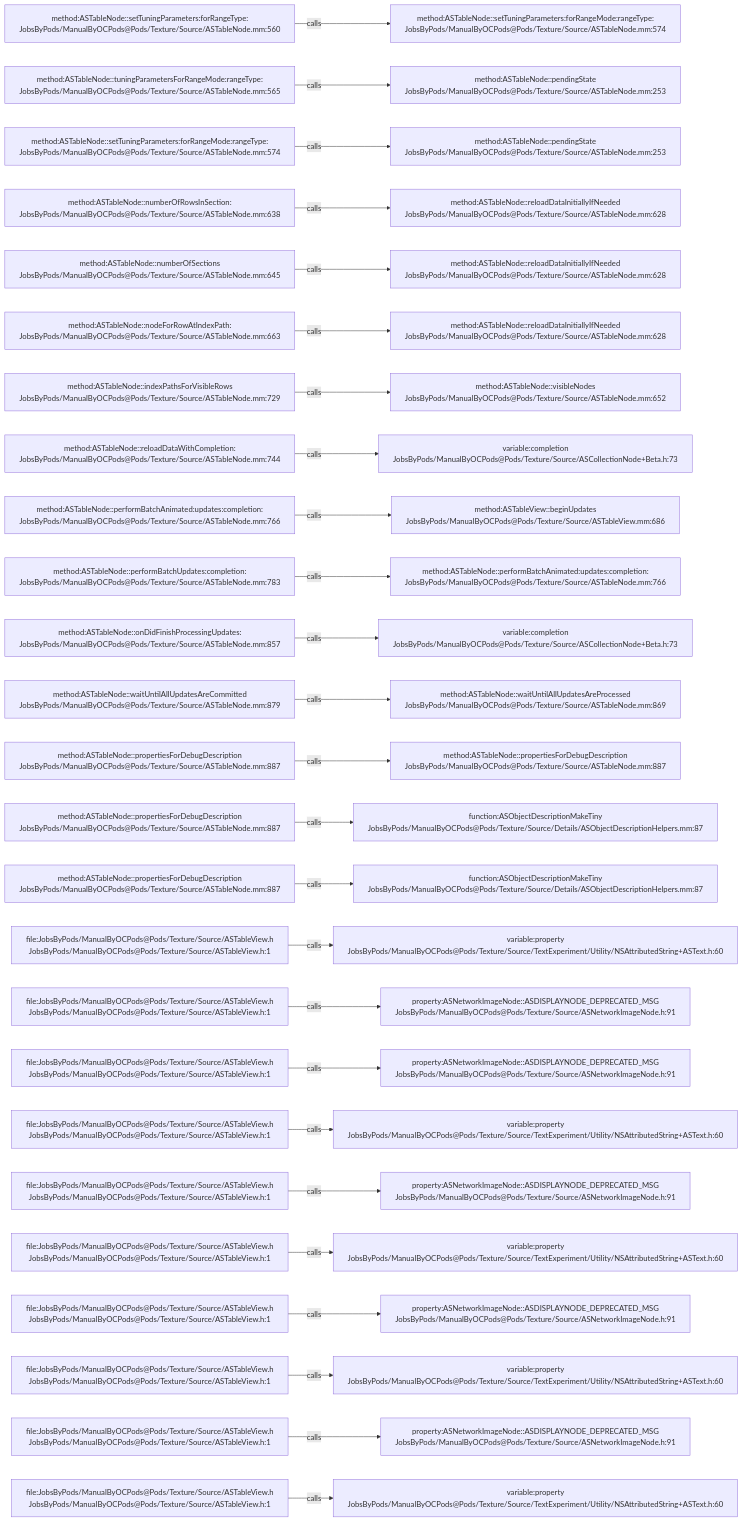
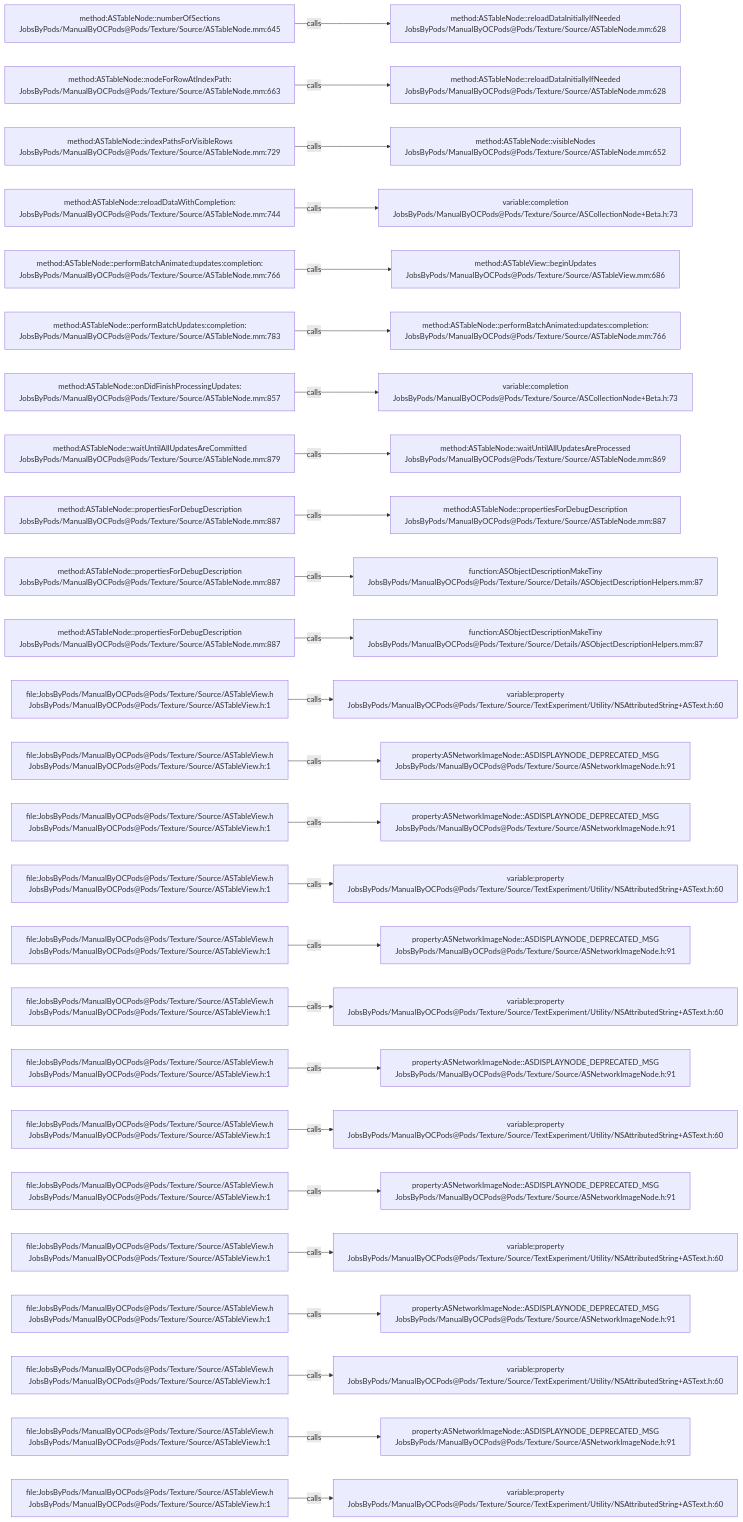
One commit to JobsKits/JobsOCBaseConfigDemo changed the diagram in .codegraph/codegraph.md/graphs/calls-122.md. Above: the diagram before and after it, drawn with Mermaid. The commit also changed 727 other files, not shown here.

````diff
--- a/.codegraph/codegraph.md/graphs/calls-122.md
+++ b/.codegraph/codegraph.md/graphs/calls-122.md
@@ -13,78 +13,78 @@
 ```mermaid
 flowchart LR
-  S1["method:ASTableNode::setTuningParameters:forRangeType:<br/>JobsByPods/ManualByOCPods@Pods/Texture/Source/ASTableNode.mm:560"]
-  T1["method:ASTableNode::setTuningParameters:forRangeMode:rangeType:<br/>JobsByPods/ManualByOCPods@Pods/Texture/Source/ASTableNode.mm:574"]
+  S1["method:ASTableNode::numberOfSections<br/>JobsByPods/ManualByOCPods@Pods/Texture/Source/ASTableNode.mm:645"]
+  T1["method:ASTableNode::reloadDataInitiallyIfNeeded<br/>JobsByPods/ManualByOCPods@Pods/Texture/Source/ASTableNode.mm:628"]
   S1 -->|calls| T1
-  S2["method:ASTableNode::tuningParametersForRangeMode:rangeType:<br/>JobsByPods/ManualByOCPods@Pods/Texture/Source/ASTableNode.mm:565"]
-  T2["method:ASTableNode::pendingState<br/>JobsByPods/ManualByOCPods@Pods/Texture/Source/ASTableNode.mm:253"]
+  S2["method:ASTableNode::nodeForRowAtIndexPath:<br/>JobsByPods/ManualByOCPods@Pods/Texture/Source/ASTableNode.mm:663"]
+  T2["method:ASTableNode::reloadDataInitiallyIfNeeded<br/>JobsByPods/ManualByOCPods@Pods/Texture/Source/ASTableNode.mm:628"]
   S2 -->|calls| T2
-  S3["method:ASTableNode::setTuningParameters:forRangeMode:rangeType:<br/>JobsByPods/ManualByOCPods@Pods/Texture/Source/ASTableNode.mm:574"]
-  T3["method:ASTableNode::pendingState<br/>JobsByPods/ManualByOCPods@Pods/Texture/Source/ASTableNode.mm:253"]
+  S3["method:ASTableNode::indexPathsForVisibleRows<br/>JobsByPods/ManualByOCPods@Pods/Texture/Source/ASTableNode.mm:729"]
+  T3["method:ASTableNode::visibleNodes<br/>JobsByPods/ManualByOCPods@Pods/Texture/Source/ASTableNode.mm:652"]
   S3 -->|calls| T3
-  S4["method:ASTableNode::numberOfRowsInSection:<br/>JobsByPods/ManualByOCPods@Pods/Texture/Source/ASTableNode.mm:638"]
-  T4["method:ASTableNode::reloadDataInitiallyIfNeeded<br/>JobsByPods/ManualByOCPods@Pods/Texture/Source/ASTableNode.mm:628"]
+  S4["method:ASTableNode::reloadDataWithCompletion:<br/>JobsByPods/ManualByOCPods@Pods/Texture/Source/ASTableNode.mm:744"]
+  T4["variable:completion<br/>JobsByPods/ManualByOCPods@Pods/Texture/Source/ASCollectionNode+Beta.h:73"]
   S4 -->|calls| T4
-  S5["method:ASTableNode::numberOfSections<br/>JobsByPods/ManualByOCPods@Pods/Texture/Source/ASTableNode.mm:645"]
-  T5["method:ASTableNode::reloadDataInitiallyIfNeeded<br/>JobsByPods/ManualByOCPods@Pods/Texture/Source/ASTableNode.mm:628"]
+  S5["method:ASTableNode::performBatchAnimated:updates:completion:<br/>JobsByPods/ManualByOCPods@Pods/Texture/Source/ASTableNode.mm:766"]
+  T5["method:ASTableView::beginUpdates<br/>JobsByPods/ManualByOCPods@Pods/Texture/Source/ASTableView.mm:686"]
   S5 -->|calls| T5
-  S6["method:ASTableNode::nodeForRowAtIndexPath:<br/>JobsByPods/ManualByOCPods@Pods/Texture/Source/ASTableNode.mm:663"]
-  T6["method:ASTableNode::reloadDataInitiallyIfNeeded<br/>JobsByPods/ManualByOCPods@Pods/Texture/Source/ASTableNode.mm:628"]
+  S6["method:ASTableNode::performBatchUpdates:completion:<br/>JobsByPods/ManualByOCPods@Pods/Texture/Source/ASTableNode.mm:783"]
+  T6["method:ASTableNode::performBatchAnimated:updates:completion:<br/>JobsByPods/ManualByOCPods@Pods/Texture/Source/ASTableNode.mm:766"]
   S6 -->|calls| T6
-  S7["method:ASTableNode::indexPathsForVisibleRows<br/>JobsByPods/ManualByOCPods@Pods/Texture/Source/ASTableNode.mm:729"]
-  T7["method:ASTableNode::visibleNodes<br/>JobsByPods/ManualByOCPods@Pods/Texture/Source/ASTableNode.mm:652"]
+  S7["method:ASTableNode::onDidFinishProcessingUpdates:<br/>JobsByPods/ManualByOCPods@Pods/Texture/Source/ASTableNode.mm:857"]
+  T7["variable:completion<br/>JobsByPods/ManualByOCPods@Pods/Texture/Source/ASCollectionNode+Beta.h:73"]
   S7 -->|calls| T7
-  S8["method:ASTableNode::reloadDataWithCompletion:<br/>JobsByPods/ManualByOCPods@Pods/Texture/Source/ASTableNode.mm:744"]
-  T8["variable:completion<br/>JobsByPods/ManualByOCPods@Pods/Texture/Source/ASCollectionNode+Beta.h:73"]
+  S8["method:ASTableNode::waitUntilAllUpdatesAreCommitted<br/>JobsByPods/ManualByOCPods@Pods/Texture/Source/ASTableNode.mm:879"]
+  T8["method:ASTableNode::waitUntilAllUpdatesAreProcessed<br/>JobsByPods/ManualByOCPods@Pods/Texture/Source/ASTableNode.mm:869"]
   S8 -->|calls| T8
-  S9["method:ASTableNode::performBatchAnimated:updates:completion:<br/>JobsByPods/ManualByOCPods@Pods/Texture/Source/ASTableNode.mm:766"]
-  T9["method:ASTableView::beginUpdates<br/>JobsByPods/ManualByOCPods@Pods/Texture/Source/ASTableView.mm:686"]
+  S9["method:ASTableNode::propertiesForDebugDescription<br/>JobsByPods/ManualByOCPods@Pods/Texture/Source/ASTableNode.mm:887"]
+  T9["method:ASTableNode::propertiesForDebugDescription<br/>JobsByPods/ManualByOCPods@Pods/Texture/Source/ASTableNode.mm:887"]
   S9 -->|calls| T9
-  S10["method:ASTableNode::performBatchUpdates:completion:<br/>JobsByPods/ManualByOCPods@Pods/Texture/Source/ASTableNode.mm:783"]
-  T10["method:ASTableNode::performBatchAnimated:updates:completion:<br/>JobsByPods/ManualByOCPods@Pods/Texture/Source/ASTableNode.mm:766"]
+  S10["method:ASTableNode::propertiesForDebugDescription<br/>JobsByPods/ManualByOCPods@Pods/Texture/Source/ASTableNode.mm:887"]
+  T10["function:ASObjectDescriptionMakeTiny<br/>JobsByPods/ManualByOCPods@Pods/Texture/Source/Details/ASObjectDescriptionHelpers.mm:87"]
   S10 -->|calls| T10
-  S11["method:ASTableNode::onDidFinishProcessingUpdates:<br/>JobsByPods/ManualByOCPods@Pods/Texture/Source/ASTableNode.mm:857"]
-  T11["variable:completion<br/>JobsByPods/ManualByOCPods@Pods/Texture/Source/ASCollectionNode+Beta.h:73"]
+  S11["method:ASTableNode::propertiesForDebugDescription<br/>JobsByPods/ManualByOCPods@Pods/Texture/Source/ASTableNode.mm:887"]
+  T11["function:ASObjectDescriptionMakeTiny<br/>JobsByPods/ManualByOCPods@Pods/Texture/Source/Details/ASObjectDescriptionHelpers.mm:87"]
   S11 -->|calls| T11
-  S12["method:ASTableNode::waitUntilAllUpdatesAreCommitted<br/>JobsByPods/ManualByOCPods@Pods/Texture/Source/ASTableNode.mm:879"]
-  T12["method:ASTableNode::waitUntilAllUpdatesAreProcessed<br/>JobsByPods/ManualByOCPods@Pods/Texture/Source/ASTableNode.mm:869"]
+  S12["file:JobsByPods/ManualByOCPods@Pods/Texture/Source/ASTableView.h<br/>JobsByPods/ManualByOCPods@Pods/Texture/Source/ASTableView.h:1"]
+  T12["variable:property<br/>JobsByPods/ManualByOCPods@Pods/Texture/Source/TextExperiment/Utility/NSAttributedString+ASText.h:60"]
   S12 -->|calls| T12
-  S13["method:ASTableNode::propertiesForDebugDescription<br/>JobsByPods/ManualByOCPods@Pods/Texture/Source/ASTableNode.mm:887"]
-  T13["method:ASTableNode::propertiesForDebugDescription<br/>JobsByPods/ManualByOCPods@Pods/Texture/Source/ASTableNode.mm:887"]
+  S13["file:JobsByPods/ManualByOCPods@Pods/Texture/Source/ASTableView.h<br/>JobsByPods/ManualByOCPods@Pods/Texture/Source/ASTableView.h:1"]
+  T13["property:ASNetworkImageNode::ASDISPLAYNODE_DEPRECATED_MSG<br/>JobsByPods/ManualByOCPods@Pods/Texture/Source/ASNetworkImageNode.h:91"]
   S13 -->|calls| T13
-  S14["method:ASTableNode::propertiesForDebugDescription<br/>JobsByPods/ManualByOCPods@Pods/Texture/Source/ASTableNode.mm:887"]
-  T14["function:ASObjectDescriptionMakeTiny<br/>JobsByPods/ManualByOCPods@Pods/Texture/Source/Details/ASObjectDescriptionHelpers.mm:87"]
+  S14["file:JobsByPods/ManualByOCPods@Pods/Texture/Source/ASTableView.h<br/>JobsByPods/ManualByOCPods@Pods/Texture/Source/ASTableView.h:1"]
+  T14["property:ASNetworkImageNode::ASDISPLAYNODE_DEPRECATED_MSG<br/>JobsByPods/ManualByOCPods@Pods/Texture/Source/ASNetworkImageNode.h:91"]
   S14 -->|calls| T14
-  S15["method:ASTableNode::propertiesForDebugDescription<br/>JobsByPods/ManualByOCPods@Pods/Texture/Source/ASTableNode.mm:887"]
-  T15["function:ASObjectDescriptionMakeTiny<br/>JobsByPods/ManualByOCPods@Pods/Texture/Source/Details/ASObjectDescriptionHelpers.mm:87"]
+  S15["file:JobsByPods/ManualByOCPods@Pods/Texture/Source/ASTableView.h<br/>JobsByPods/ManualByOCPods@Pods/Texture/Source/ASTableView.h:1"]
+  T15["variable:property<br/>JobsByPods/ManualByOCPods@Pods/Texture/Source/TextExperiment/Utility/NSAttributedString+ASText.h:60"]
   S15 -->|calls| T15
   S16["file:JobsByPods/ManualByOCPods@Pods/Texture/Source/ASTableView.h<br/>JobsByPods/ManualByOCPods@Pods/Texture/Source/ASTableView.h:1"]
-  T16["variable:property<br/>JobsByPods/ManualByOCPods@Pods/Texture/Source/TextExperiment/Utility/NSAttributedString+ASText.h:60"]
+  T16["property:ASNetworkImageNode::ASDISPLAYNODE_DEPRECATED_MSG<br/>JobsByPods/ManualByOCPods@Pods/Texture/Source/ASNetworkImageNode.h:91"]
   S16 -->|calls| T16
   S17["file:JobsByPods/ManualByOCPods@Pods/Texture/Source/ASTableView.h<br/>JobsByPods/ManualByOCPods@Pods/Texture/Source/ASTableView.h:1"]
-  T17["property:ASNetworkImageNode::ASDISPLAYNODE_DEPRECATED_MSG<br/>JobsByPods/ManualByOCPods@Pods/Texture/Source/ASNetworkImageNode.h:91"]
+  T17["variable:property<br/>JobsByPods/ManualByOCPods@Pods/Texture/Source/TextExperiment/Utility/NSAttributedString+ASText.h:60"]
   S17 -->|calls| T17
   S18["file:JobsByPods/ManualByOCPods@Pods/Texture/Source/ASTableView.h<br/>JobsByPods/ManualByOCPods@Pods/Texture/Source/ASTableView.h:1"]
   T18["property:ASNetworkImageNode::ASDISPLAYNODE_DEPRECATED_MSG<br/>JobsByPods/ManualByOCPods@Pods/Texture/Source/ASNetworkImageNode.h:91"]
   S18 -->|calls| T18
   S19["file:JobsByPods/ManualByOCPods@Pods/Texture/Source/ASTableView.h<br/>JobsByPods/ManualByOCPods@Pods/Texture/Source/ASTableView.h:1"]
   T19["variable:property<br/>JobsByPods/ManualByOCPods@Pods/Texture/Source/TextExperiment/Utility/NSAttributedString+ASText.h:60"]
   S19 -->|calls| T19
   S20["file:JobsByPods/ManualByOCPods@Pods/Texture/Source/ASTableView.h<br/>JobsByPods/ManualByOCPods@Pods/Texture/Source/ASTableView.h:1"]
   T20["property:ASNetworkImageNode::ASDISPLAYNODE_DEPRECATED_MSG<br/>JobsByPods/ManualByOCPods@Pods/Texture/Source/ASNetworkImageNode.h:91"]
   S20 -->|calls| T20
   S21["file:JobsByPods/ManualByOCPods@Pods/Texture/Source/ASTableView.h<br/>JobsByPods/ManualByOCPods@Pods/Texture/Source/ASTableView.h:1"]
   T21["variable:property<br/>JobsByPods/ManualByOCPods@Pods/Texture/Source/TextExperiment/Utility/NSAttributedString+ASText.h:60"]
   S21 -->|calls| T21
   S22["file:JobsByPods/ManualByOCPods@Pods/Texture/Source/ASTableView.h<br/>JobsByPods/ManualByOCPods@Pods/Texture/Source/ASTableView.h:1"]
   T22["property:ASNetworkImageNode::ASDISPLAYNODE_DEPRECATED_MSG<br/>JobsByPods/ManualByOCPods@Pods/Texture/Source/ASNetworkImageNode.h:91"]
   S22 -->|calls| T22
   S23["file:JobsByPods/ManualByOCPods@Pods/Texture/Source/ASTableView.h<br/>JobsByPods/ManualByOCPods@Pods/Texture/Source/ASTableView.h:1"]
   T23["variable:property<br/>JobsByPods/ManualByOCPods@Pods/Texture/Source/TextExperiment/Utility/NSAttributedString+ASText.h:60"]
   S23 -->|calls| T23
   S24["file:JobsByPods/ManualByOCPods@Pods/Texture/Source/ASTableView.h<br/>JobsByPods/ManualByOCPods@Pods/Texture/Source/ASTableView.h:1"]
   T24["property:ASNetworkImageNode::ASDISPLAYNODE_DEPRECATED_MSG<br/>JobsByPods/ManualByOCPods@Pods/Texture/Source/ASNetworkImageNode.h:91"]
   S24 -->|calls| T24
   S25["file:JobsByPods/ManualByOCPods@Pods/Texture/Source/ASTableView.h<br/>JobsByPods/ManualByOCPods@Pods/Texture/Source/ASTableView.h:1"]
   T25["variable:property<br/>JobsByPods/ManualByOCPods@Pods/Texture/Source/TextExperiment/Utility/NSAttributedString+ASText.h:60"]
   S25 -->|calls| T25
 ```
````
